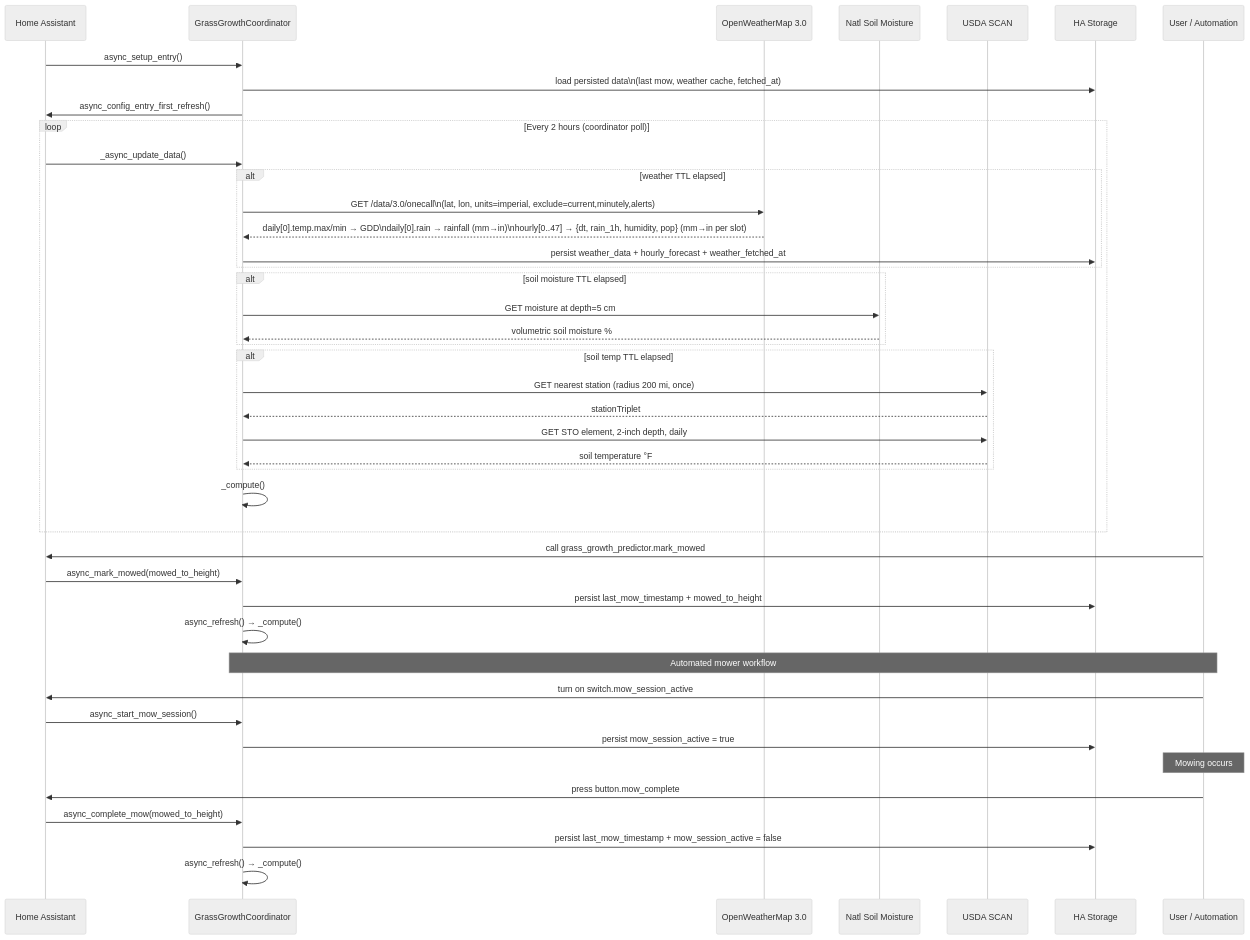
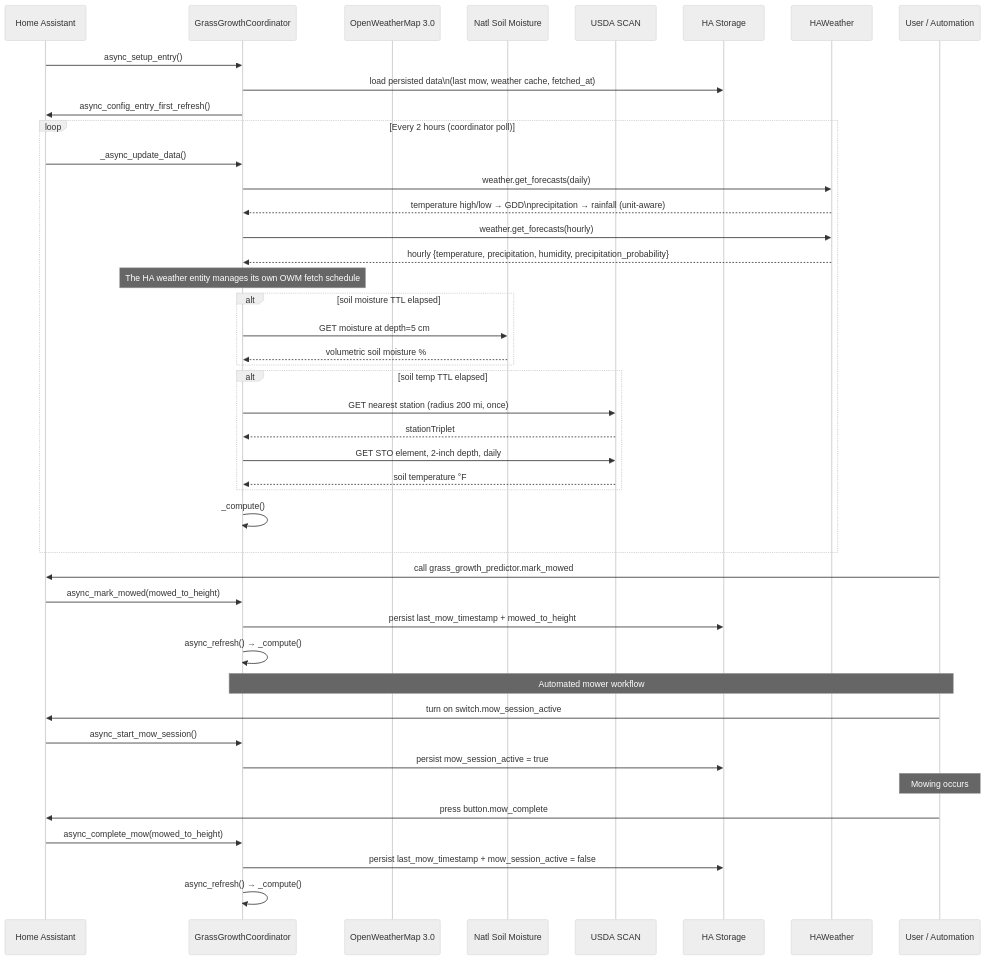
One commit to seanmahrt/hacs_grass_estimator changed the second of 3 diagrams in ARCHITECTURE.md. Above: the diagram before and after it, drawn with Mermaid (neutral theme). The commit also changed other lines of this file and 8 other files, not shown here.

First line of the commit message:
refactor: replace direct OWM API calls with HA weather entity reads

````diff
--- a/ARCHITECTURE.md
+++ b/ARCHITECTURE.md
@@ -97,49 +117,49 @@
 ```mermaid
 sequenceDiagram
     participant HA as Home Assistant
     participant Coord as GrassGrowthCoordinator
     participant OWM as OpenWeatherMap 3.0
     participant NSM as Natl Soil Moisture
     participant SCAN as USDA SCAN
     participant Store as HA Storage
 
     HA->>Coord: async_setup_entry()
     Coord->>Store: load persisted data\n(last mow, weather cache, fetched_at)
     Coord->>HA: async_config_entry_first_refresh()
 
     loop Every 2 hours (coordinator poll)
         HA->>Coord: _async_update_data()
-        alt weather TTL elapsed
-            Coord->>OWM: GET /data/3.0/onecall\n(lat, lon, units=imperial, exclude=current,minutely,alerts)
-            OWM-->>Coord: daily[0].temp.max/min → GDD\ndaily[0].rain → rainfall (mm→in)\nhourly[0..47] → {dt, rain_1h, humidity, pop} (mm→in per slot)
-            Coord->>Store: persist weather_data + hourly_forecast + weather_fetched_at
-        end
+        Coord->>HAWeather: weather.get_forecasts(daily)
+        HAWeather-->>Coord: temperature high/low → GDD\nprecipitation → rainfall (unit-aware)
+        Coord->>HAWeather: weather.get_forecasts(hourly)
+        HAWeather-->>Coord: hourly {temperature, precipitation, humidity, precipitation_probability}
+        note over Coord: The HA weather entity manages its own OWM fetch schedule
         alt soil moisture TTL elapsed
             Coord->>NSM: GET moisture at depth=5 cm
             NSM-->>Coord: volumetric soil moisture %
         end
         alt soil temp TTL elapsed
             Coord->>SCAN: GET nearest station (radius 200 mi, once)
             SCAN-->>Coord: stationTriplet
             Coord->>SCAN: GET STO element, 2-inch depth, daily
             SCAN-->>Coord: soil temperature °F
         end
         Coord->>Coord: _compute()
     end
 
     participant User as User / Automation
     User->>HA: call grass_growth_predictor.mark_mowed
     HA->>Coord: async_mark_mowed(mowed_to_height)
     Coord->>Store: persist last_mow_timestamp + mowed_to_height
     Coord->>Coord: async_refresh() → _compute()
 
     note over User,Coord: Automated mower workflow
     User->>HA: turn on switch.mow_session_active
     HA->>Coord: async_start_mow_session()
     Coord->>Store: persist mow_session_active = true
     note over User: Mowing occurs
     User->>HA: press button.mow_complete
     HA->>Coord: async_complete_mow(mowed_to_height)
     Coord->>Store: persist last_mow_timestamp + mow_session_active = false
     Coord->>Coord: async_refresh() → _compute()
 ```
````
